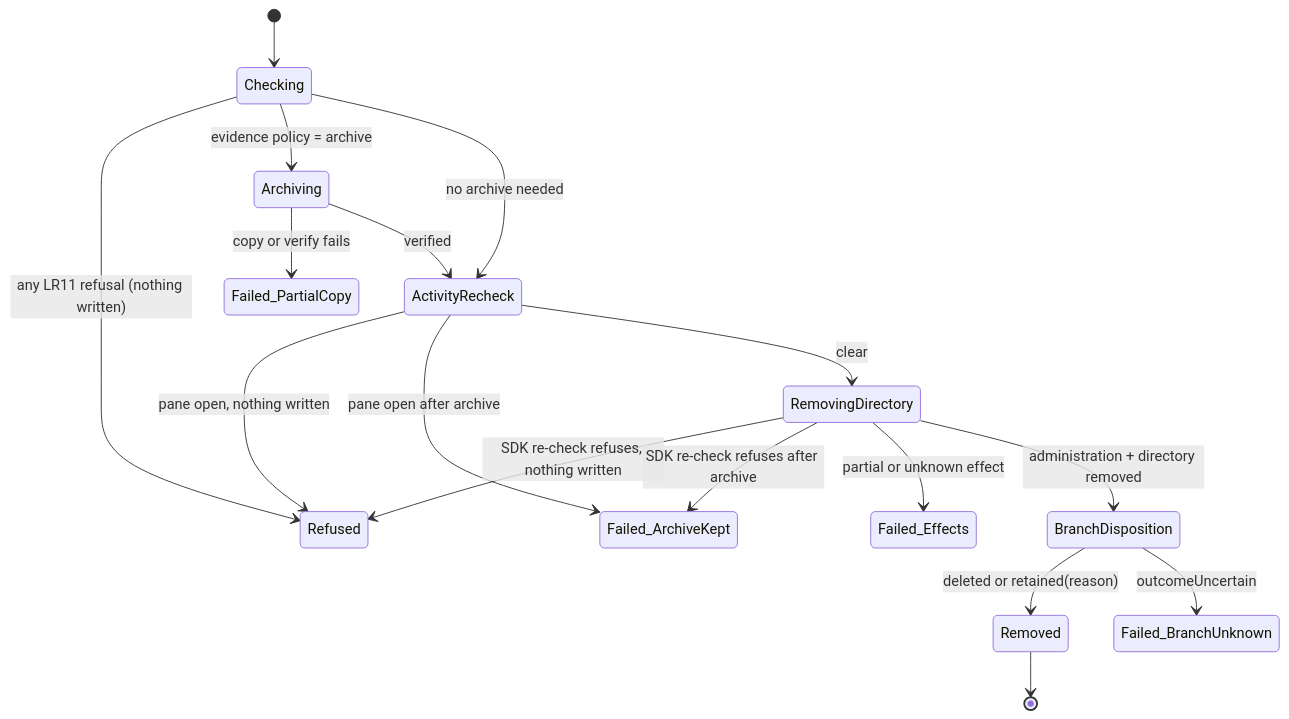
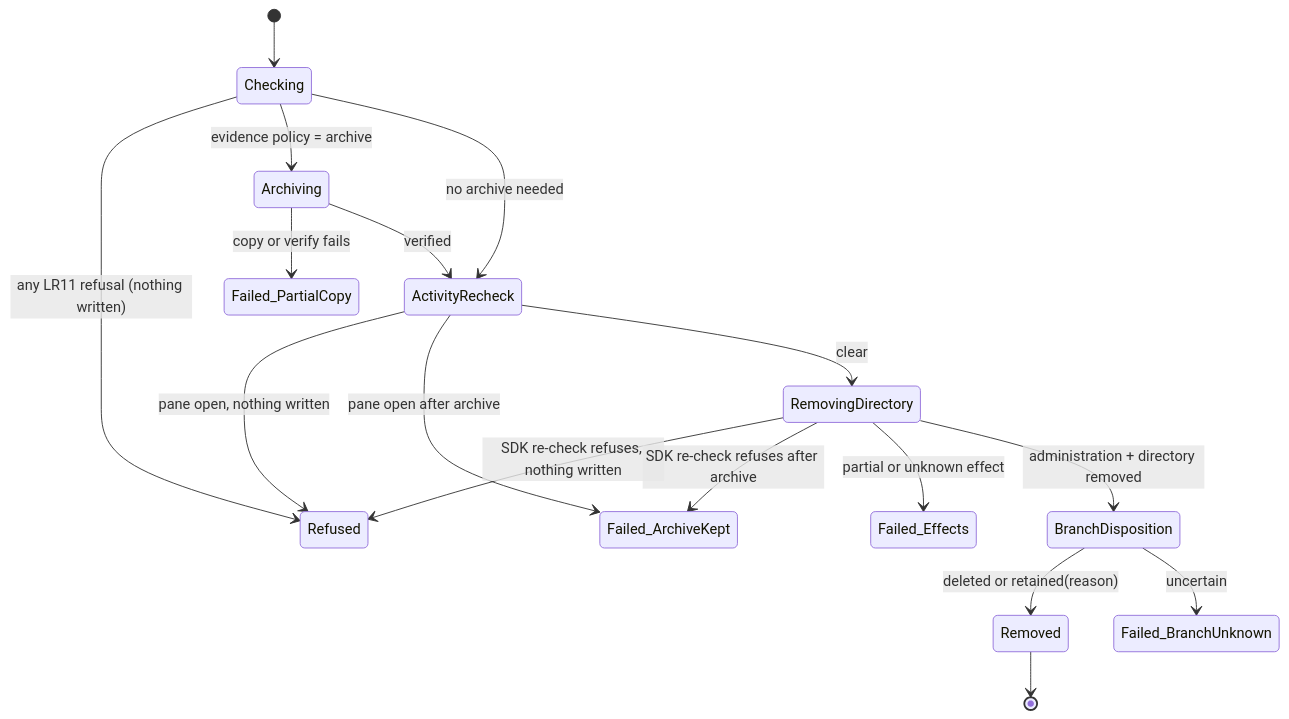
Before and after one commit to getagentstudio/agentstudio: the sixth of 8 diagrams in docs/specs/2026-09-30-worktree-lifecycle/2026-09-30-worktree-lifecycle-program-design.md, drawn with Mermaid. The commit also changed other lines of this file and 2 other files, not shown here.

````diff
--- a/docs/specs/2026-09-30-worktree-lifecycle/2026-09-30-worktree-lifecycle-program-design.md
+++ b/docs/specs/2026-09-30-worktree-lifecycle/2026-09-30-worktree-lifecycle-program-design.md
@@ -351,19 +453,19 @@
 ```mermaid
 stateDiagram-v2
   [*] --> Checking
   Checking --> Refused: any LR11 refusal (nothing written)
   Checking --> Archiving: evidence policy = archive
   Checking --> ActivityRecheck: no archive needed
   Archiving --> Failed_PartialCopy: copy or verify fails
   Archiving --> ActivityRecheck: verified
   ActivityRecheck --> Refused: pane open, nothing written
   ActivityRecheck --> Failed_ArchiveKept: pane open after archive
   ActivityRecheck --> RemovingDirectory: clear
   RemovingDirectory --> Refused: SDK re-check refuses, nothing written
   RemovingDirectory --> Failed_ArchiveKept: SDK re-check refuses after archive
   RemovingDirectory --> Failed_Effects: partial or unknown effect
   RemovingDirectory --> BranchDisposition: administration + directory removed
   BranchDisposition --> Removed: deleted or retained(reason)
-  BranchDisposition --> Failed_BranchUnknown: outcomeUncertain
+  BranchDisposition --> Failed_BranchUnknown: uncertain
   Removed --> [*]
 ```
````
